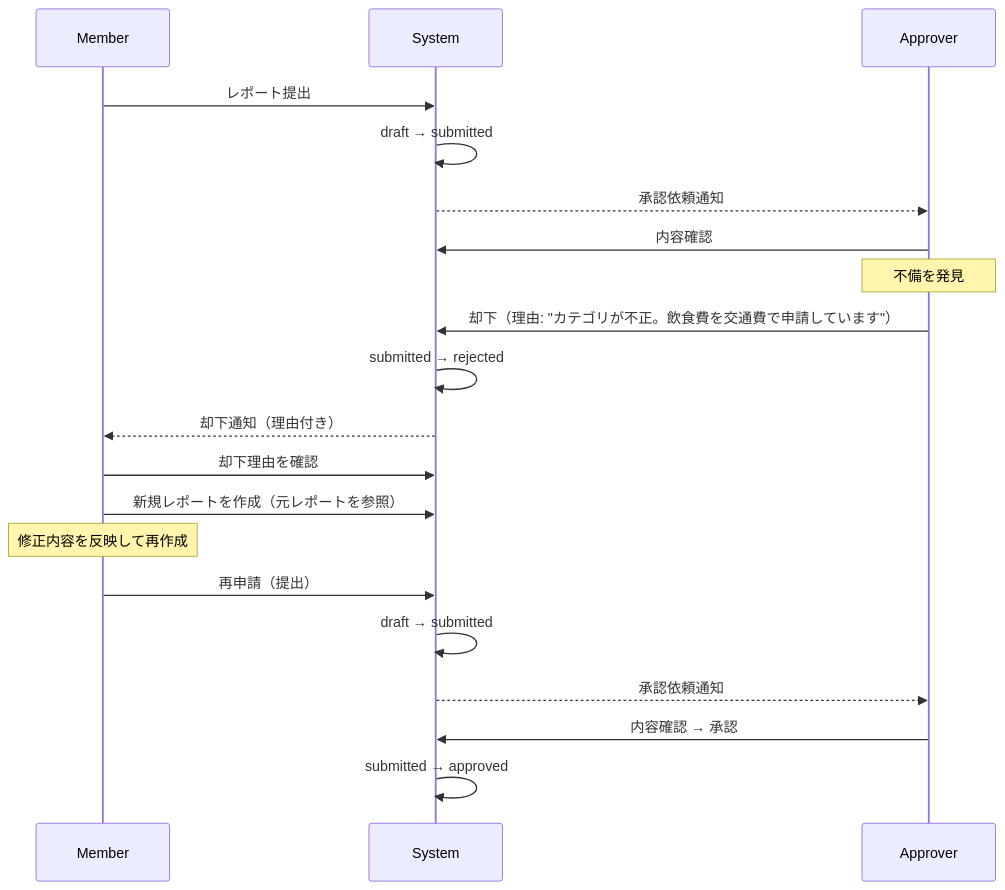
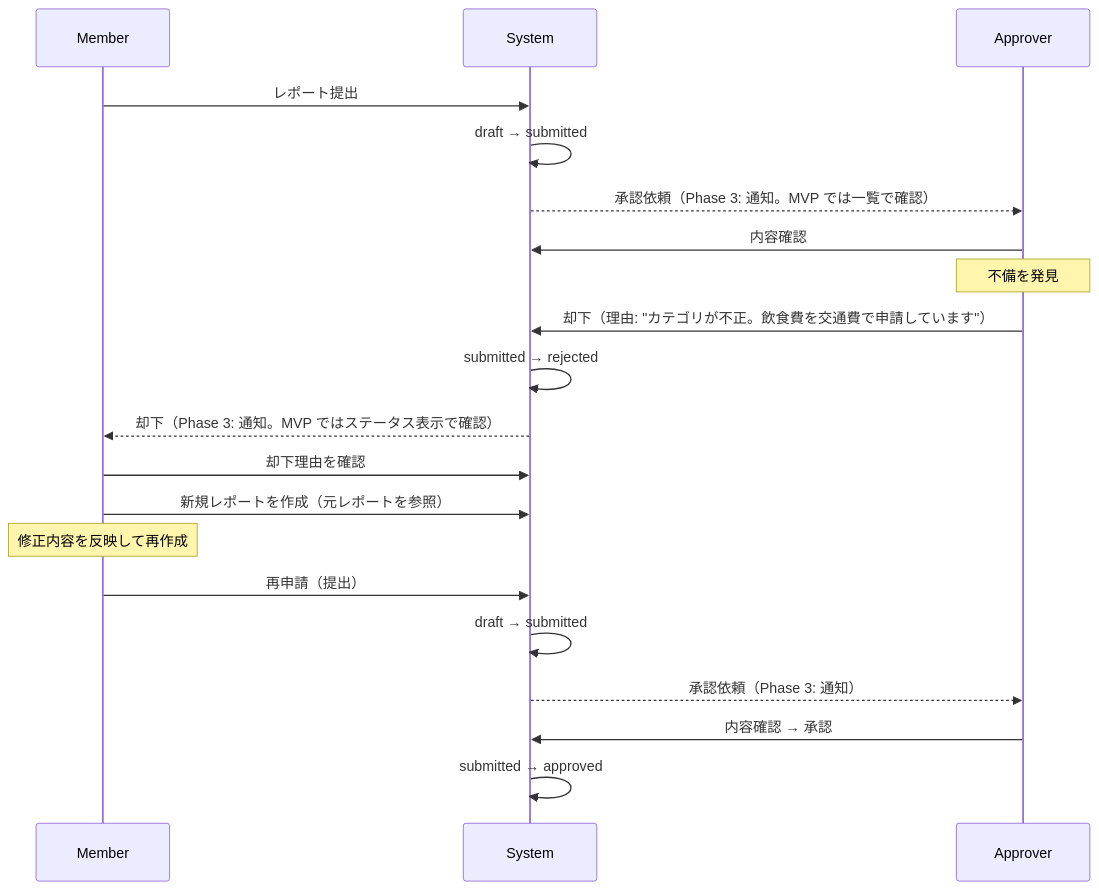
The third of 7 diagrams in deliverables/docs/10_requirements/preliminary/03_business-flow.md (atsuro128/root-project), drawn with Mermaid before and after one commit. The commit also changed other lines of this file and 7 other files, not shown here.

````diff
--- a/deliverables/docs/10_requirements/preliminary/03_business-flow.md
+++ b/deliverables/docs/10_requirements/preliminary/03_business-flow.md
@@ -157,23 +157,23 @@
 ```mermaid
 sequenceDiagram
     participant M as Member
     participant S as System
     participant A as Approver
 
     M->>S: レポート提出
     S->>S: draft → submitted
-    S-->>A: 承認依頼通知
+    S-->>A: 承認依頼（Phase 3: 通知。MVP では一覧で確認）
     A->>S: 内容確認
     Note over A: 不備を発見
     A->>S: 却下（理由: "カテゴリが不正。飲食費を交通費で申請しています"）
     S->>S: submitted → rejected
-    S-->>M: 却下通知（理由付き）
+    S-->>M: 却下（Phase 3: 通知。MVP ではステータス表示で確認）
     M->>S: 却下理由を確認
     M->>S: 新規レポートを作成（元レポートを参照）
     Note over M: 修正内容を反映して再作成
     M->>S: 再申請（提出）
     S->>S: draft → submitted
-    S-->>A: 承認依頼通知
+    S-->>A: 承認依頼（Phase 3: 通知）
     A->>S: 内容確認 → 承認
     S->>S: submitted → approved
 ```
````
